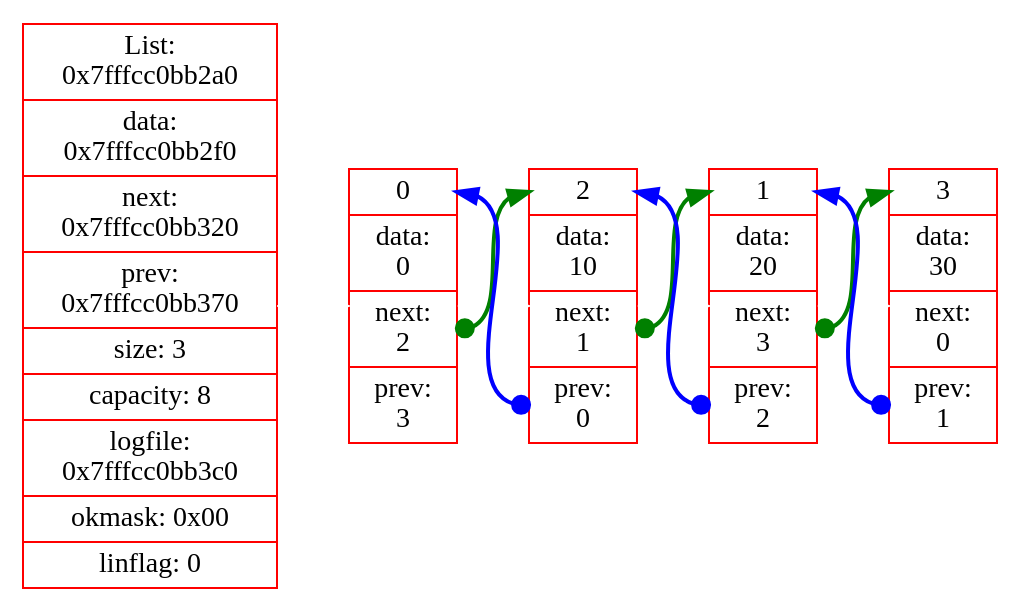
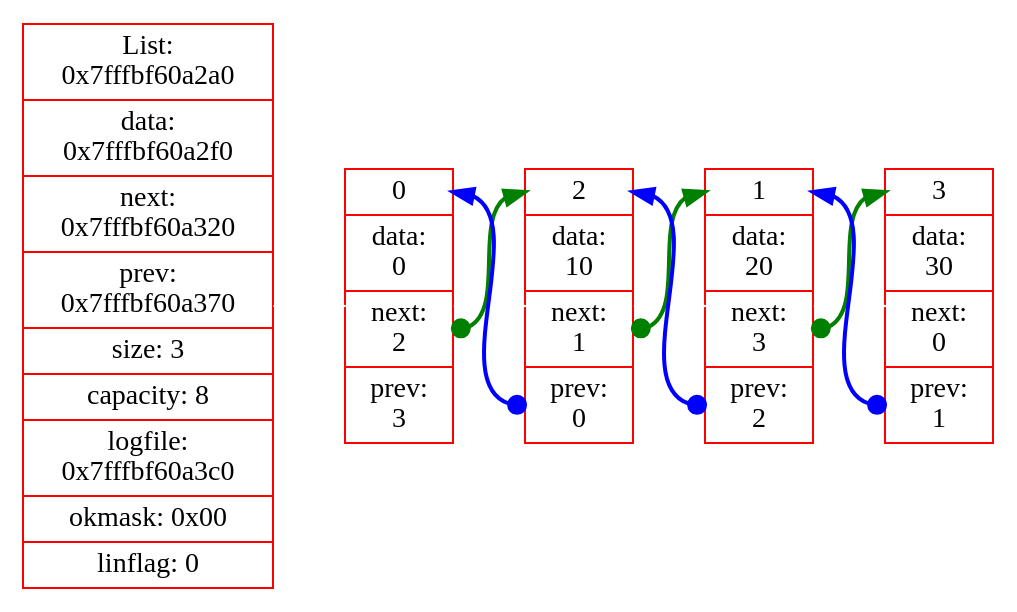
One commit to LegendaryHog/List changed the diagram in graph_dump.dot. Above: the diagram before and after it, drawn with Graphviz. The commit also changed 3 other files, not shown here.

```diff
--- a/graph_dump.dot
+++ b/graph_dump.dot
@@ -1,19 +1,19 @@
 digraph G{
 	rankdir=LR;
 	node[color="red",shape=record];
-	LIST [label="List:\n0x7fffcc0bb2a0 | data:\n0x7fffcc0bb2f0 | next:\n0x7fffcc0bb320 | prev:\n0x7fffcc0bb370 | size: 3 | capacity: 8 | logfile:\n0x7fffcc0bb3c0 | okmask: 0x00 | linflag: 0 "];
+	LIST [label="List:\n0x7fffbf60a2a0 | data:\n0x7fffbf60a2f0 | next:\n0x7fffbf60a320 | prev:\n0x7fffbf60a370 | size: 3 | capacity: 8 | logfile:\n0x7fffbf60a3c0 | okmask: 0x00 | linflag: 0 "];
 	NODE0 [label=" <elem0> 0 | data:\n 0 | <next0>  next:\n 2 | <prev0> prev:\n 3 "];
 	NODE1 [label=" <elem1> 2 | data:\n 10 | <next1>  next:\n 1 | <prev1> prev:\n 0 "];
 	NODE2 [label=" <elem2> 1 | data:\n 20 | <next2>  next:\n 3 | <prev2> prev:\n 2 "];
 	NODE3 [label=" <elem3> 3 | data:\n 30 | <next3>  next:\n 0 | <prev3> prev:\n 1 "];
 	LIST -> NODE0[color=white];
 	NODE0 -> NODE1 [color = white];
 	NODE1 -> NODE2 [color = white];
 	NODE2 -> NODE3 [color = white];
 	NODE0:<next0> -> NODE1:<elem1>[color=green, dir=both, arrowhead=normal, arrowtail=dot, style="bold"];
 	NODE1:<next1> -> NODE2:<elem2>[color=green, dir=both, arrowhead=normal, arrowtail=dot, style="bold"];
 	NODE2:<next2> -> NODE3:<elem3>[color=green, dir=both, arrowhead=normal, arrowtail=dot, style="bold"];
 	NODE1:<prev1> -> NODE0:<elem0>[color=blue, dir=both, arrowhead=normal, arrowtail=dot, style="bold"];
 	NODE2:<prev2> -> NODE1:<elem1>[color=blue, dir=both, arrowhead=normal, arrowtail=dot, style="bold"];
 	NODE3:<prev3> -> NODE2:<elem2>[color=blue, dir=both, arrowhead=normal, arrowtail=dot, style="bold"];
 }
```
